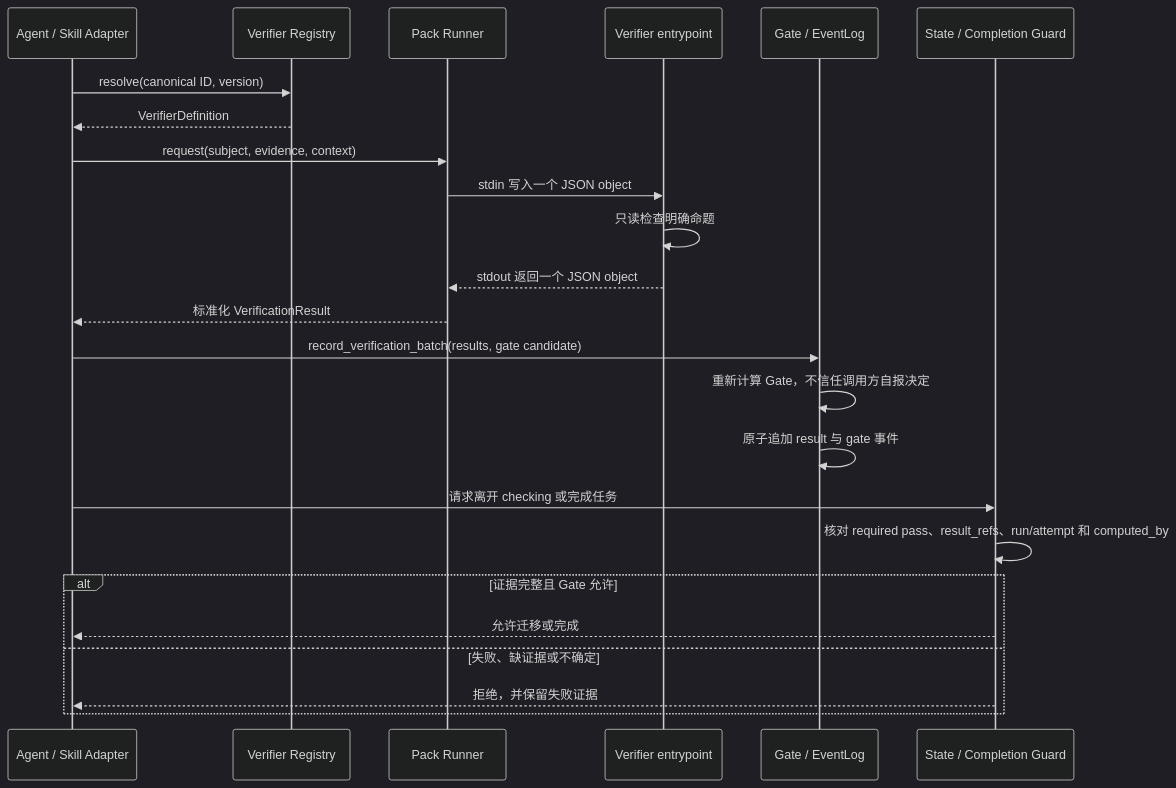
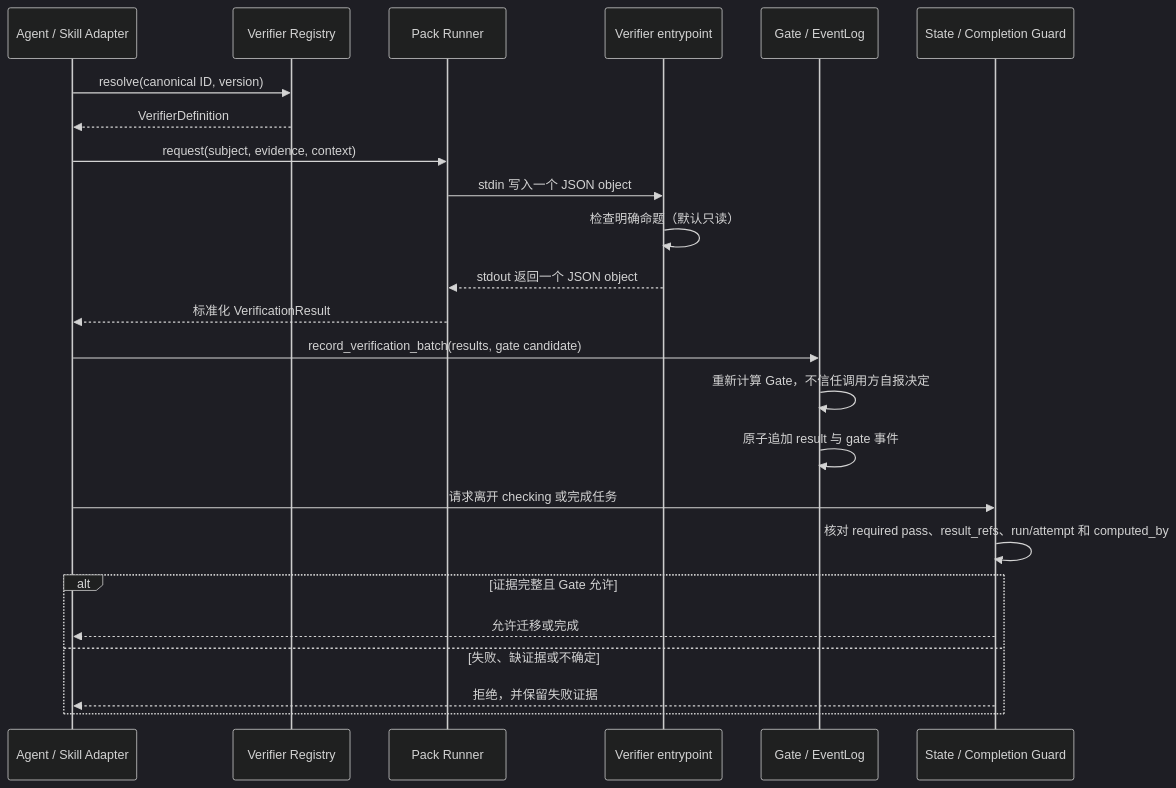
The second of 3 diagrams in docs/verifier-tutorial.md (huangwb8/skills), drawn with Mermaid (dark theme) before and after one commit. The commit also changed other lines of this file and 2 other files, not shown here.

````diff
--- a/docs/verifier-tutorial.md
+++ b/docs/verifier-tutorial.md
@@ -112,27 +112,27 @@
 ```mermaid
 sequenceDiagram
     participant A as Agent / Skill Adapter
     participant R as Verifier Registry
     participant P as Pack Runner
     participant V as Verifier entrypoint
     participant K as Gate / EventLog
     participant S as State / Completion Guard
 
     A->>R: resolve(canonical ID, version)
     R-->>A: VerifierDefinition
     A->>P: request(subject, evidence, context)
     P->>V: stdin 写入一个 JSON object
-    V->>V: 只读检查明确命题
+    V->>V: 检查明确命题（默认只读）
     V-->>P: stdout 返回一个 JSON object
     P-->>A: 标准化 VerificationResult
     A->>K: record_verification_batch(results, gate candidate)
     K->>K: 重新计算 Gate，不信任调用方自报决定
     K->>K: 原子追加 result 与 gate 事件
     A->>S: 请求离开 checking 或完成任务
     S->>S: 核对 required pass、result_refs、run/attempt 和 computed_by
     alt 证据完整且 Gate 允许
         S-->>A: 允许迁移或完成
     else 失败、缺证据或不确定
         S-->>A: 拒绝，并保留失败证据
     end
 ```
````
